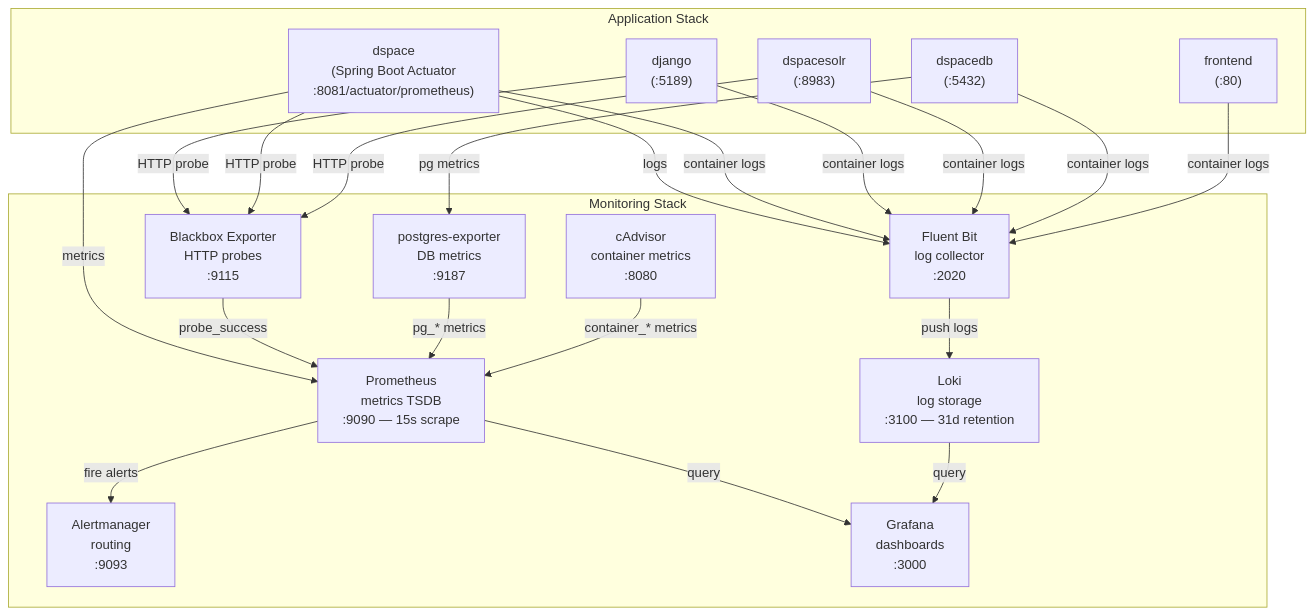
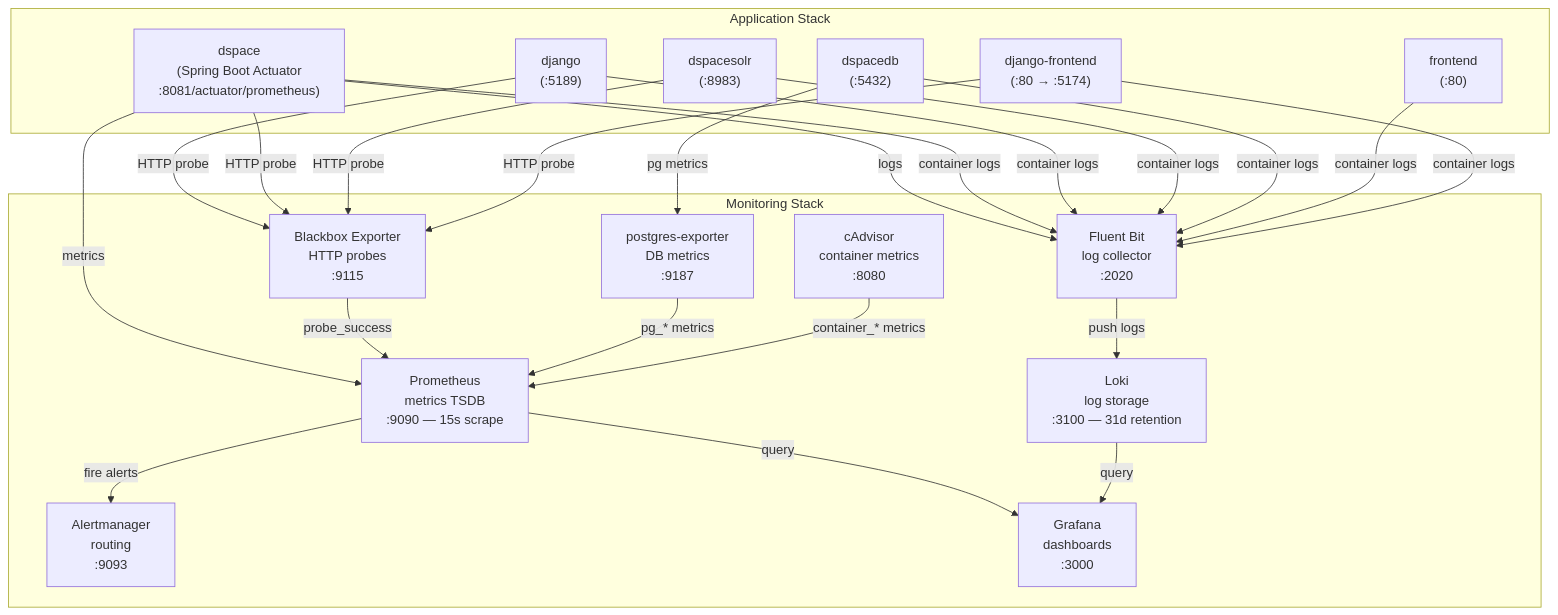
The diagram in ops/monitoring.md (sszepe/dspace-cris-cockpit-docu), drawn with Mermaid before and after one commit. The commit also changed other lines of this file and 3 other files, not shown here.

Commit message:
update ops docu on django-frontend

````diff
--- a/ops/monitoring.md
+++ b/ops/monitoring.md
@@ -19,37 +19,39 @@
 ```mermaid
 graph TB
     subgraph "Application Stack"
         DS["dspace\n(Spring Boot Actuator\n:8081/actuator/prometheus)"]
         DJ["django\n(:5189)"]
         Solr["dspacesolr\n(:8983)"]
         PG["dspacedb\n(:5432)"]
         FE["frontend\n(:80)"]
+        DJF["django-frontend\n(:80 → :5174)"]
     end
 
     subgraph "Monitoring Stack"
         FB["Fluent Bit\nlog collector\n:2020"]
         Loki["Loki\nlog storage\n:3100 — 31d retention"]
         Prom["Prometheus\nmetrics TSDB\n:9090 — 15s scrape"]
         BB["Blackbox Exporter\nHTTP probes\n:9115"]
         PGExp["postgres-exporter\nDB metrics\n:9187"]
         cAdv["cAdvisor\ncontainer metrics\n:8080"]
         AM["Alertmanager\nrouting\n:9093"]
         Grafana["Grafana\ndashboards\n:3000"]
     end
 
     DS -->|"metrics"| Prom
     DS -->|"logs"| FB
     DJ -->|"HTTP probe"| BB
     DS -->|"HTTP probe"| BB
     Solr -->|"HTTP probe"| BB
+    DJF -->|"HTTP probe"| BB
     PG -->|"pg metrics"| PGExp
-    DS & DJ & Solr & PG & FE -->|"container logs"| FB
+    DS & DJ & Solr & PG & FE & DJF -->|"container logs"| FB
 
     FB -->|"push logs"| Loki
     BB -->|"probe_success"| Prom
     PGExp -->|"pg_* metrics"| Prom
     cAdv -->|"container_* metrics"| Prom
     Prom -->|"fire alerts"| AM
     Prom -->|"query"| Grafana
     Loki -->|"query"| Grafana
 ```
````
